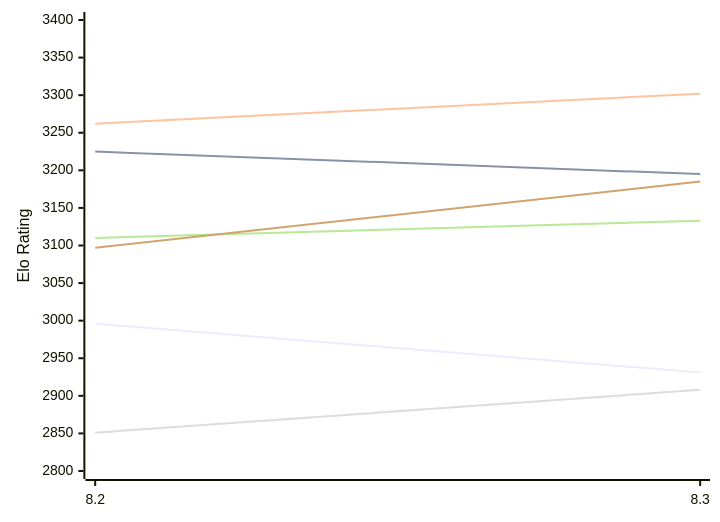
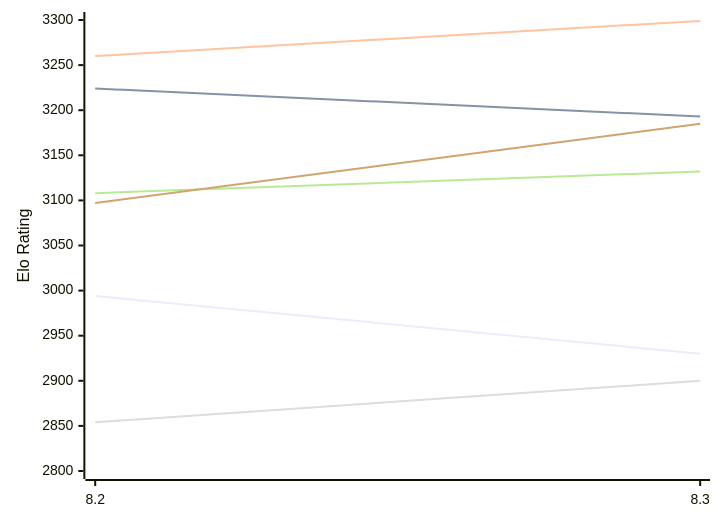
The first of 2 diagrams in engines/Alexander.md (computer-chess-index/cci), drawn with Mermaid before and after one commit. The commit also changed other lines of this file, not shown here.

Commit message:
Update CCI Ratings (ELO VLTC) - 2026-11-19

````diff
--- a/engines/Alexander.md
+++ b/engines/Alexander.md
@@ -52,12 +52,12 @@
 ```mermaid
 %%{init: {"theme":"base","themeVariables":{"seriesColors:['#a3a3a3','#222221','#faa371']}}}%%
 xychart-beta
   x-axis ["8.2", "8.3"]
-  y-axis "Elo Rating" 2800 --> 3400
-  line "E1: STC (8.0+0.08s)" [2996, 2931]
-  line "E1: LTC (60.0+0.60s)" [3225, 3195]
-  line "E1: VLTC (2m24s+1.12s)" [3262, 3302]
-  line "P1: STC (8.0+0.08s)" [2851, 2908]
-  line "P1: LTC (60.0+0.60s)" [3110, 3133]
+  y-axis "Elo Rating" 2800 --> 3300
+  line "E1: STC (8.0+0.08s)" [2994, 2930]
+  line "E1: LTC (60.0+0.60s)" [3224, 3193]
+  line "E1: VLTC (2m24s+1.12s)" [3260, 3299]
+  line "P1: STC (8.0+0.08s)" [2854, 2900]
+  line "P1: LTC (60.0+0.60s)" [3108, 3132]
   line "P1: VLTC (2m24s+1.12s)" [3097, 3185]
 ```
````
